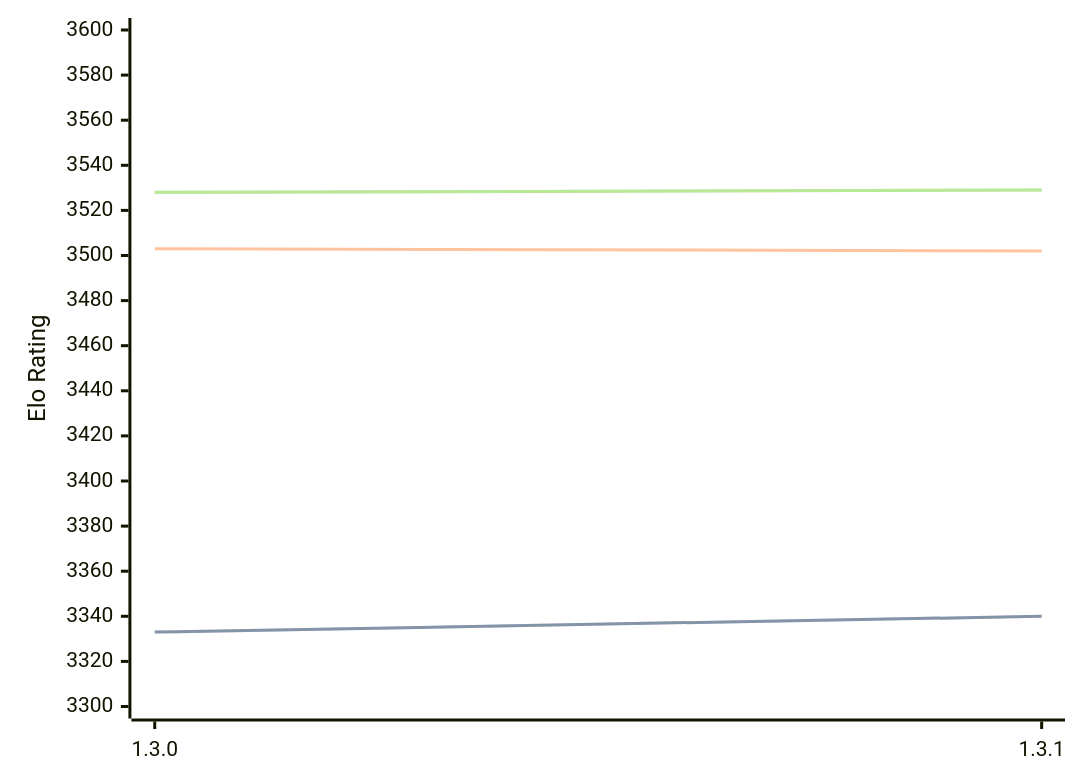
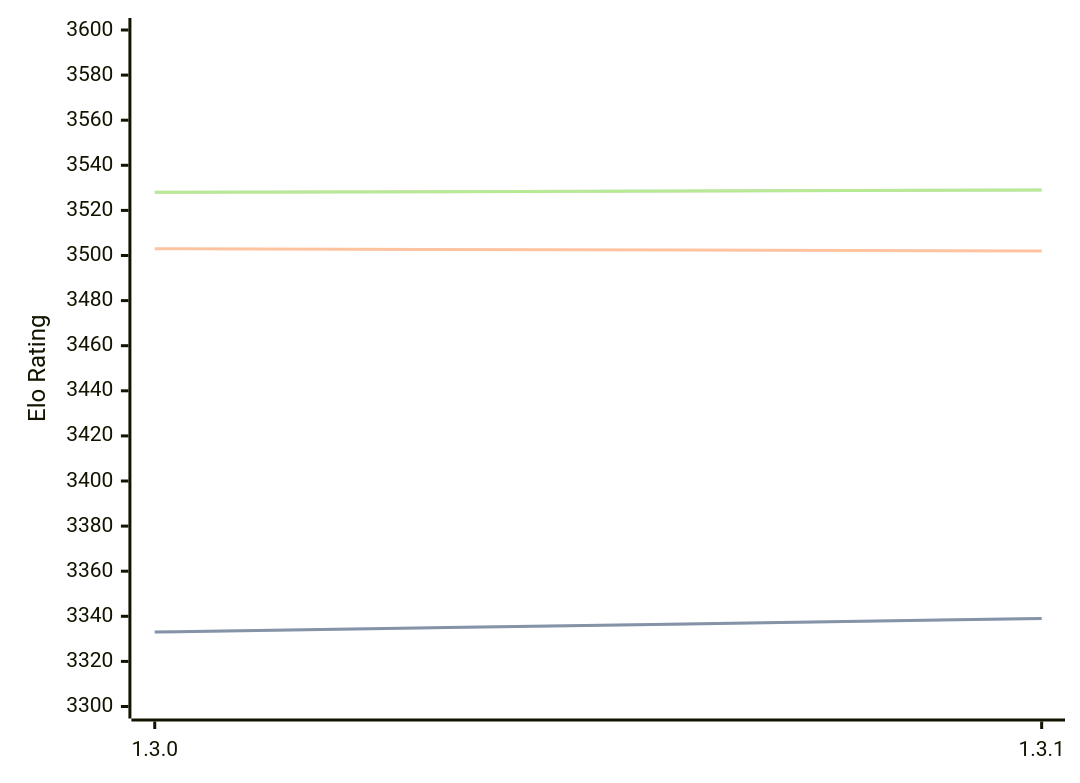
One commit to computer-chess-index/cci changed the diagram in engines/Renegade.md. Above: the diagram before and after it, drawn with Mermaid. The commit also changed other lines of this file, not shown here.

````diff
--- a/engines/Renegade.md
+++ b/engines/Renegade.md
@@ -33,11 +33,11 @@
 ```mermaid
 %%{init: {"theme":"base","themeVariables":{"seriesColors:['#a3a3a3','#222221','#faa371']}}}%%
 xychart-beta
   x-axis ["1.3.0", "1.3.1"]
   y-axis "Elo Rating" 3300 --> 3600
-  line "STC (8.0+0.08s)" [3333, 3340]
-  line "STC (8.0+0.08s)" [3333, 3340]
+  line "STC (8.0+0.08s)" [3333, 3339]
+  line "STC (8.0+0.08s)" [3333, 3339]
   line "LTC (60.0+0.60s)" [3503, 3502]
   line "VLTC (2m24s+1.12s)" [3528, 3529]
   line "VLTC (2m24s+1.12s)" [3528, 3529]
 ```
````
